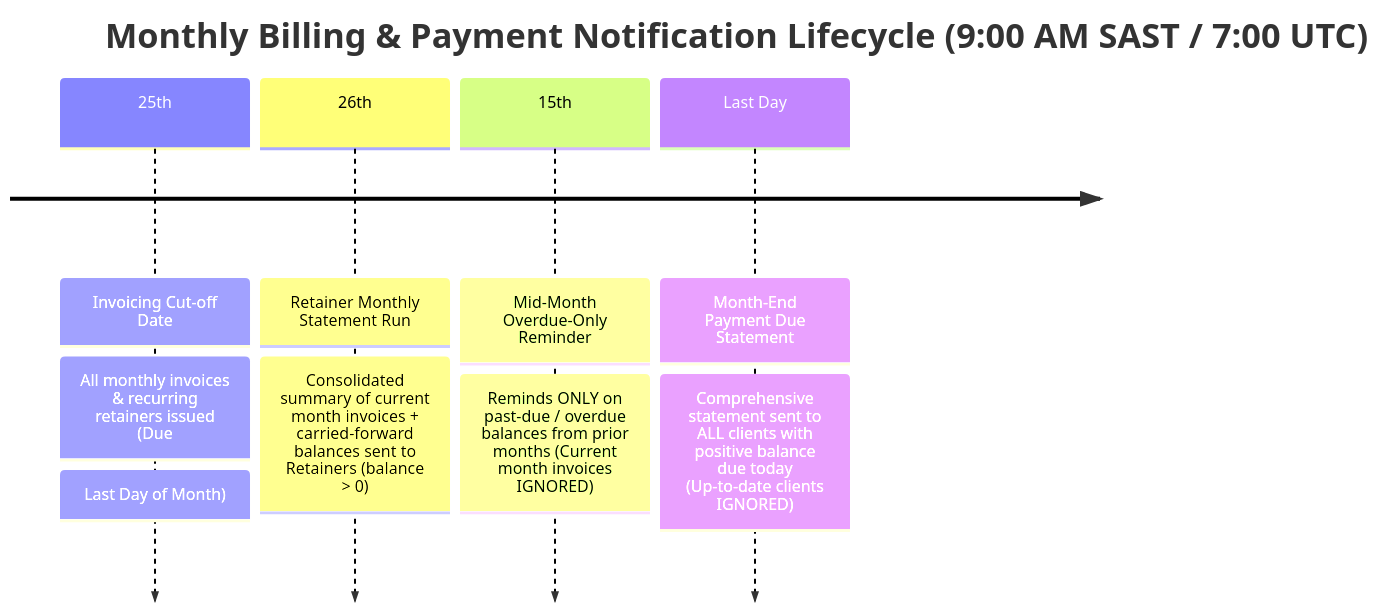
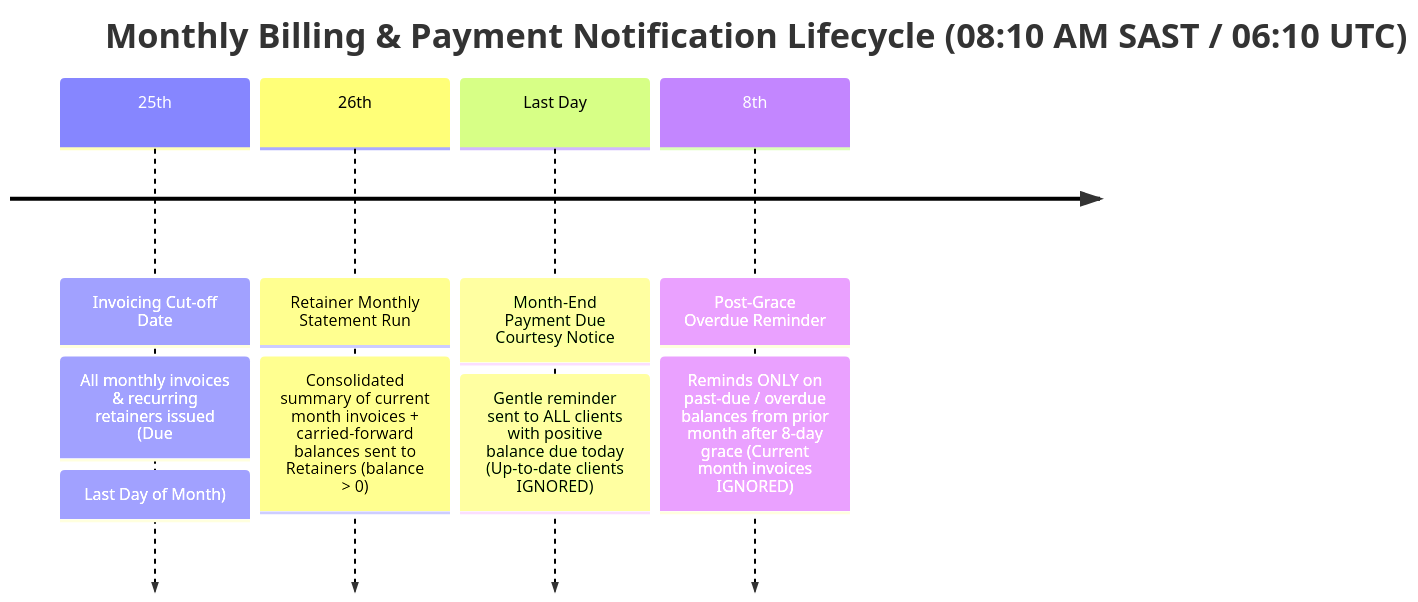
Before and after one commit to jchademwiri/pmg-hub: the diagram in docs/apps/admin/billing-accounting/reminders-and-statements/01-strategic-billing-reminders-spec.md, drawn with Mermaid. The commit also changed other lines of this file and 11 other files, not shown here.

Commit message:
feat(billing): support rebilling voided recurring invoices, custom confirm dialog, and option B reminder schedule

````diff
--- a/docs/apps/admin/billing-accounting/reminders-and-statements/01-strategic-billing-reminders-spec.md
+++ b/docs/apps/admin/billing-accounting/reminders-and-statements/01-strategic-billing-reminders-spec.md
@@ -19,8 +19,8 @@
 ```mermaid
 timeline
-    title Monthly Billing & Payment Notification Lifecycle (9:00 AM SAST / 7:00 UTC)
+    title Monthly Billing & Payment Notification Lifecycle (08:10 AM SAST / 06:10 UTC)
     25th : Invoicing Cut-off Date : All monthly invoices & recurring retainers issued (Due: Last Day of Month)
     26th : Retainer Monthly Statement Run : Consolidated summary of current month invoices + carried-forward balances sent to Retainers (balance > 0)
-    15th : Mid-Month Overdue-Only Reminder : Reminds ONLY on past-due / overdue balances from prior months (Current month invoices IGNORED)
-    Last Day : Month-End Payment Due Statement : Comprehensive statement sent to ALL clients with positive balance due today (Up-to-date clients IGNORED)
+    Last Day : Month-End Payment Due Courtesy Notice : Gentle reminder sent to ALL clients with positive balance due today (Up-to-date clients IGNORED)
+    8th : Post-Grace Overdue Reminder : Reminds ONLY on past-due / overdue balances from prior month after 8-day grace (Current month invoices IGNORED)
 ```
````
